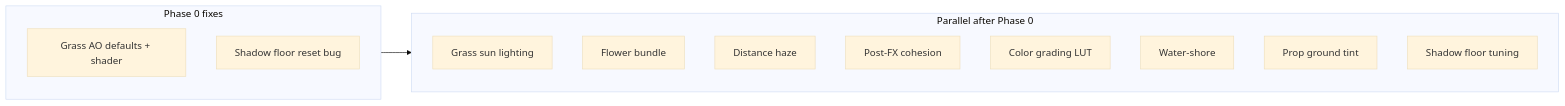
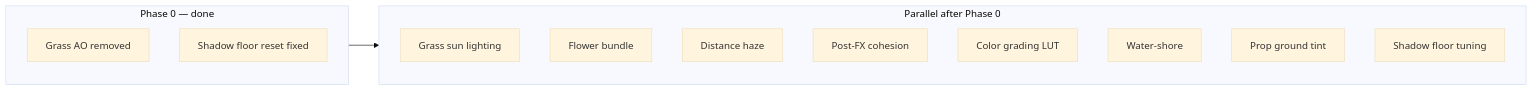
Before and after one commit to MogensenJesse/pantheon: the diagram in .cursor/plans/visual_fidelity_pass_e1bf39e9.plan.md, drawn with Mermaid (base theme). The commit also changed other lines of this file and 18 other files, not shown here.

````diff
--- a/.cursor/plans/visual_fidelity_pass_e1bf39e9.plan.md
+++ b/.cursor/plans/visual_fidelity_pass_e1bf39e9.plan.md
@@ -46,18 +48,18 @@
 ```mermaid
 flowchart LR
-  subgraph phase0 [Phase 0 fixes]
-    GrassAO[Grass AO defaults + shader]
-    ShadowFix[Shadow floor reset bug]
+  subgraph phase0 [Phase 0 — done]
+    GrassAO[Grass AO removed]
+    ShadowFix[Shadow floor reset fixed]
   end
   subgraph parallel [Parallel after Phase 0]
     GrassSun[Grass sun lighting]
     Flowers[Flower bundle]
     Haze[Distance haze]
     PostCohesion[Post-FX cohesion]
     LUT[Color grading LUT]
     WaterShore[Water-shore]
     PropGround[Prop ground tint]
     ShadowTune[Shadow floor tuning]
   end
   phase0 --> parallel
 ```
````
